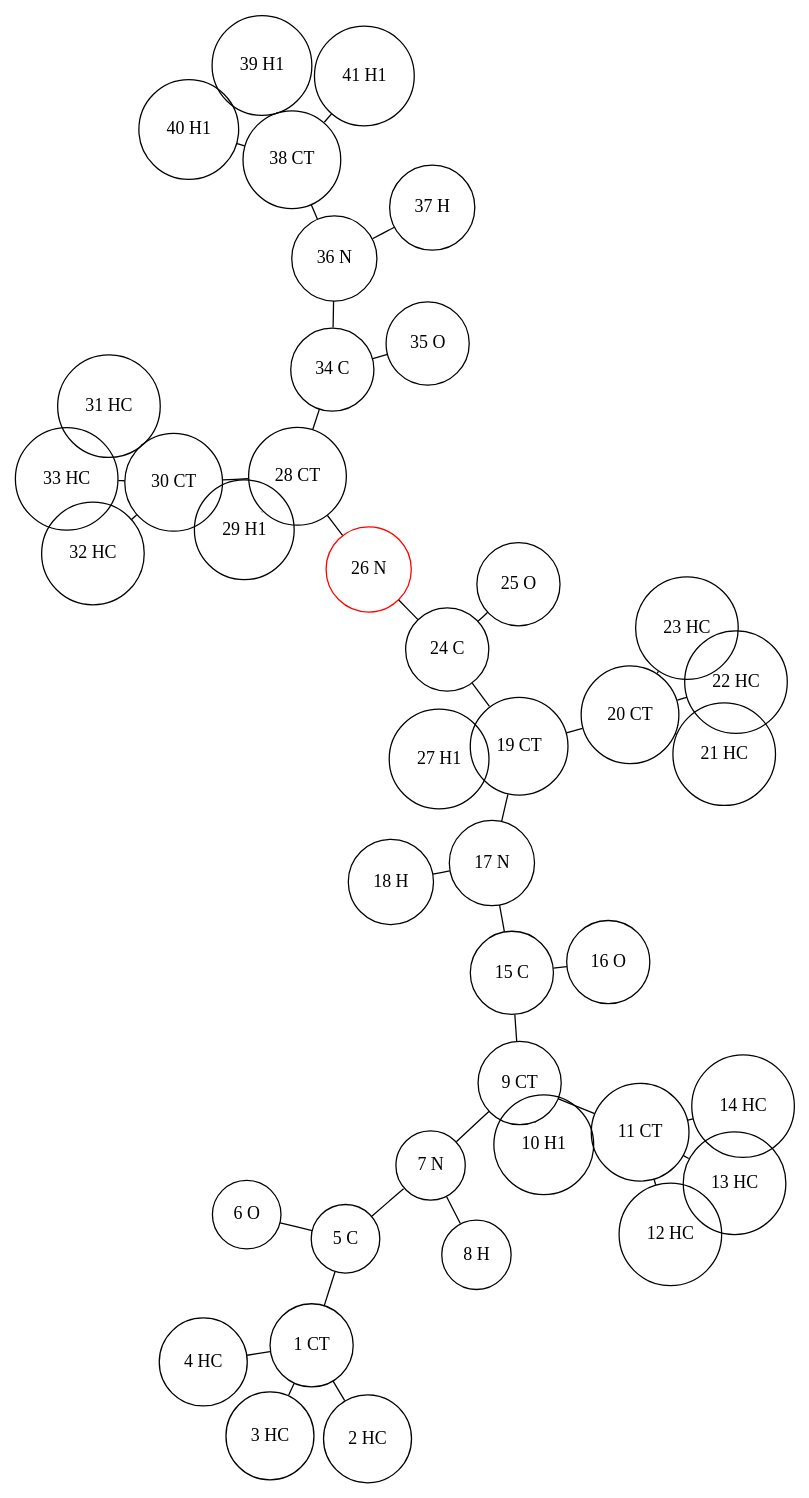
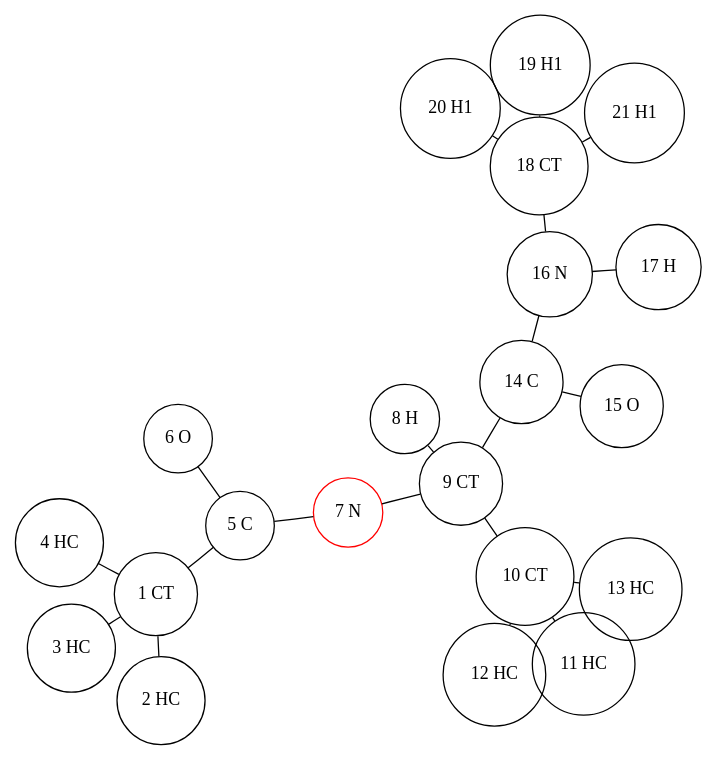
One commit to graeter-group/kimmdy changed the diagram in guide/explanation/ala-top-b.dot. Above: the diagram before and after it, drawn with Graphviz. The commit also changed 29 other files, not shown here.

```diff
--- a/guide/explanation/ala-top-b.dot
+++ b/guide/explanation/ala-top-b.dot
@@ -1,48 +1,28 @@
 
         graph G {
           layout=neato
           overlap=true
           node [shape="circle"]
     "1 CT"  -- "2 HC" ;
 "1 CT"  -- "3 HC" ;
 "1 CT"  -- "4 HC" ;
 "1 CT"  -- "5 C" ;
 "5 C"  -- "6 O" ;
 "5 C"  -- "7 N" ;
-"7 N"  -- "8 H" ;
+"7 N"  [color="red"]
 "7 N"  -- "9 CT" ;
-"9 CT"  -- "10 H1" ;
-"9 CT"  -- "11 CT" ;
-"9 CT"  -- "15 C" ;
-"11 CT"  -- "12 HC" ;
-"11 CT"  -- "13 HC" ;
-"11 CT"  -- "14 HC" ;
-"15 C"  -- "16 O" ;
-"15 C"  -- "17 N" ;
-"17 N"  -- "18 H" ;
-"17 N"  -- "19 CT" ;
-"19 CT"  -- "20 CT" ;
-"19 CT"  -- "24 C" ;
-"19 CT"  -- "27 H1" ;
-"20 CT"  -- "21 HC" ;
-"20 CT"  -- "22 HC" ;
-"20 CT"  -- "23 HC" ;
-"24 C"  -- "25 O" ;
-"24 C"  -- "26 N" ;
-"26 N"  [color="red"]
-"26 N"  -- "28 CT" ;
-"26 N"  [color="red"]
-"28 CT"  -- "29 H1" ;
-"28 CT"  -- "30 CT" ;
-"28 CT"  -- "34 C" ;
-"30 CT"  -- "31 HC" ;
-"30 CT"  -- "32 HC" ;
-"30 CT"  -- "33 HC" ;
-"34 C"  -- "35 O" ;
-"34 C"  -- "36 N" ;
-"36 N"  -- "37 H" ;
-"36 N"  -- "38 CT" ;
-"38 CT"  -- "39 H1" ;
-"38 CT"  -- "40 H1" ;
-"38 CT"  -- "41 H1" ;
+"7 N"  [color="red"]
+"9 CT"  -- "10 CT" ;
+"9 CT"  -- "14 C" ;
+"10 CT"  -- "11 HC" ;
+"10 CT"  -- "12 HC" ;
+"10 CT"  -- "13 HC" ;
+"14 C"  -- "15 O" ;
+"14 C"  -- "16 N" ;
+"16 N"  -- "17 H" ;
+"16 N"  -- "18 CT" ;
+"18 CT"  -- "19 H1" ;
+"18 CT"  -- "20 H1" ;
+"18 CT"  -- "21 H1" ;
+"8 H"  -- "9 CT" ;
         }
```
